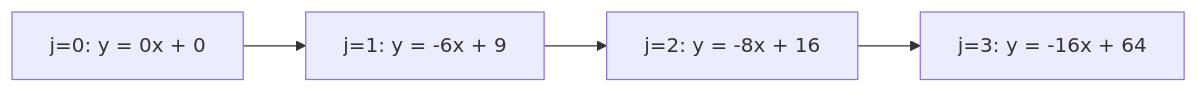
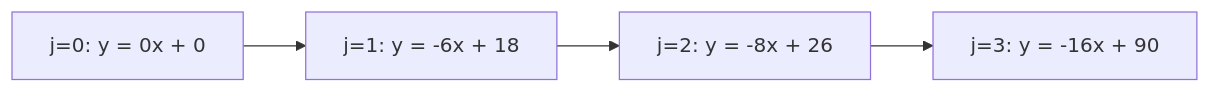
The diagram in docs/lessons/dp-convex-hull.md (FPTOJ-OJ/fptoj_wiki), drawn with Mermaid before and after one commit. The commit also changed other lines of this file and 133 other files, not shown here.

````diff
--- a/docs/lessons/dp-convex-hull.md
+++ b/docs/lessons/dp-convex-hull.md
@@ -91,6 +98,6 @@
 ```mermaid
 graph LR
-    A["j=0: y = 0x + 0"] --> B["j=1: y = -6x + 9"]
-    B --> C["j=2: y = -8x + 16"]
-    C --> D["j=3: y = -16x + 64"]
+    A["j=0: y = 0x + 0"] --> B["j=1: y = -6x + 18"]
+    B --> C["j=2: y = -8x + 26"]
+    C --> D["j=3: y = -16x + 90"]
 ```
````
